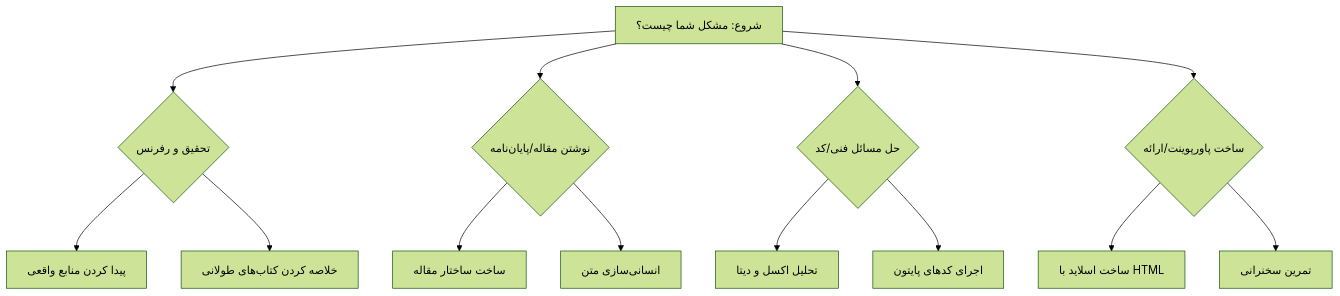
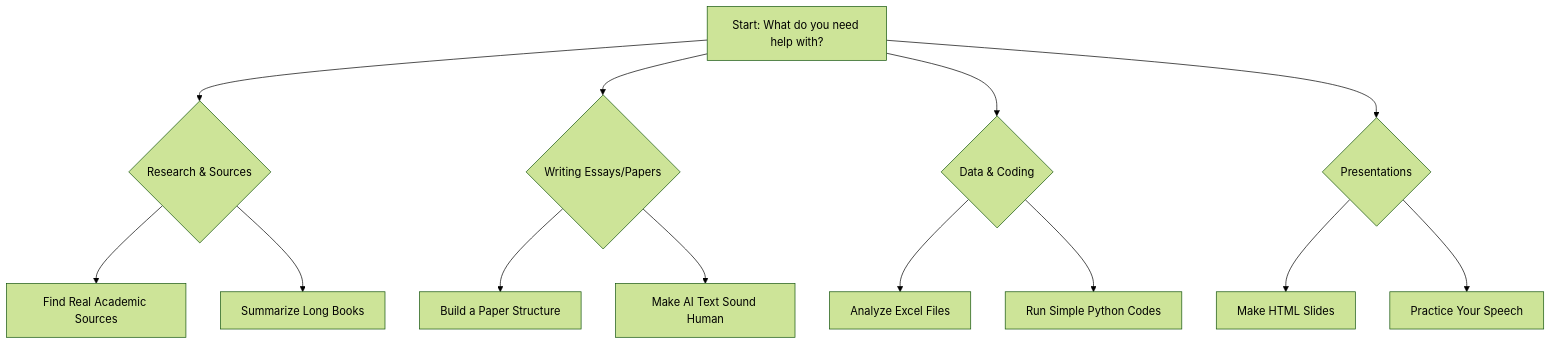
One commit to Amkhodaei83/AI-Student-Handbook changed the diagram in README.md. Above: the diagram before and after it, drawn with Mermaid (forest theme). The commit also changed other lines of this file and 65 other files, not shown here.

````diff
--- a/README.md
+++ b/README.md
@@ -43,19 +49,19 @@
 ```mermaid
 graph TD
-    A[شروع: مشکل شما چیست؟] --> B{تحقیق و رفرنس}
-    A --> C{نوشتن مقاله/پایان‌نامه}
-    A --> D{حل مسائل فنی/کد}
-    A --> E{ساخت پاورپوینت/ارائه}
+    A[Start: What do you need help with?] --> B{Research & Sources}
+    A --> C{Writing Essays/Papers}
+    A --> D{Data & Coding}
+    A --> E{Presentations}
 
-    B --> B1[پیدا کردن منابع واقعی]
-    B --> B2[خلاصه کردن کتاب‌های طولانی]
+    B --> B1[Find Real Academic Sources]
+    B --> B2[Summarize Long Books]
     
-    C --> C1[ساخت ساختار مقاله]
-    C --> C2[انسانی‌سازی متن]
+    C --> C1[Build a Paper Structure]
+    C --> C2[Make AI Text Sound Human]
     
-    D --> D1[تحلیل اکسل و دیتا]
-    D --> D2[اجرای کدهای پایتون]
+    D --> D1[Analyze Excel Files]
+    D --> D2[Run Simple Python Codes]
     
-    E --> E1[ساخت اسلاید با HTML]
-    E --> E2[تمرین سخنرانی]
+    E --> E1[Make HTML Slides]
+    E --> E2[Practice Your Speech]
 ```
````
